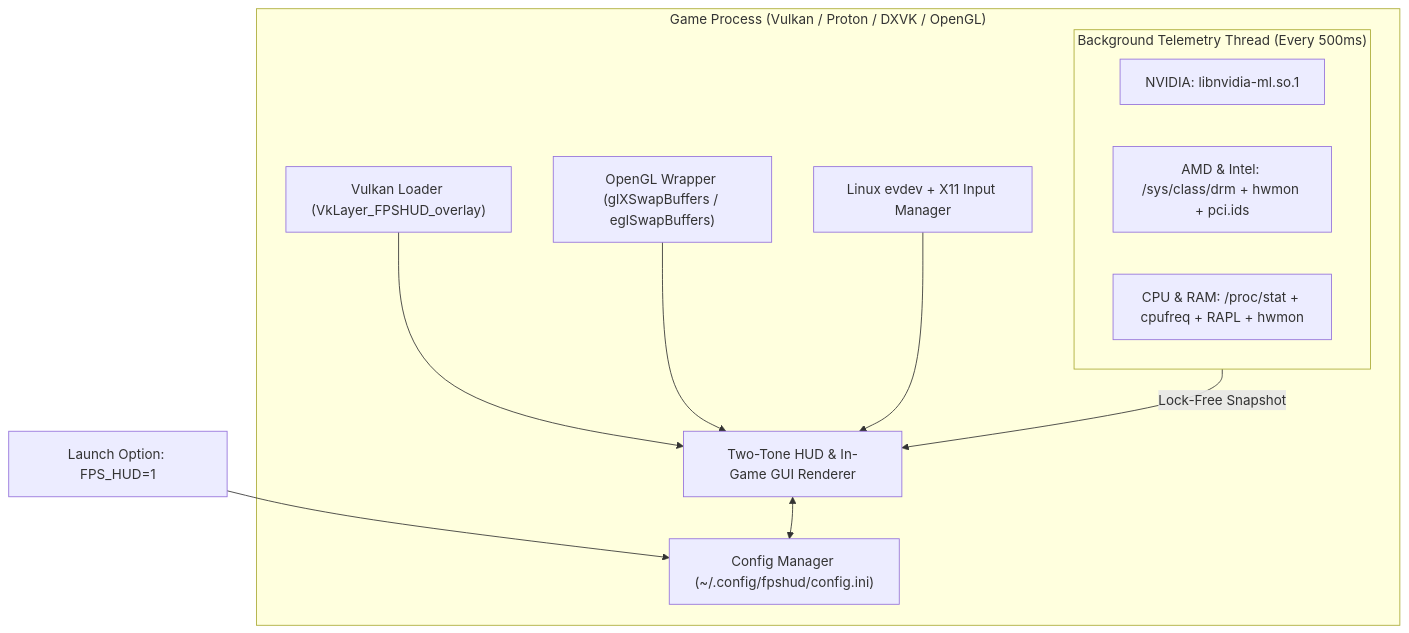
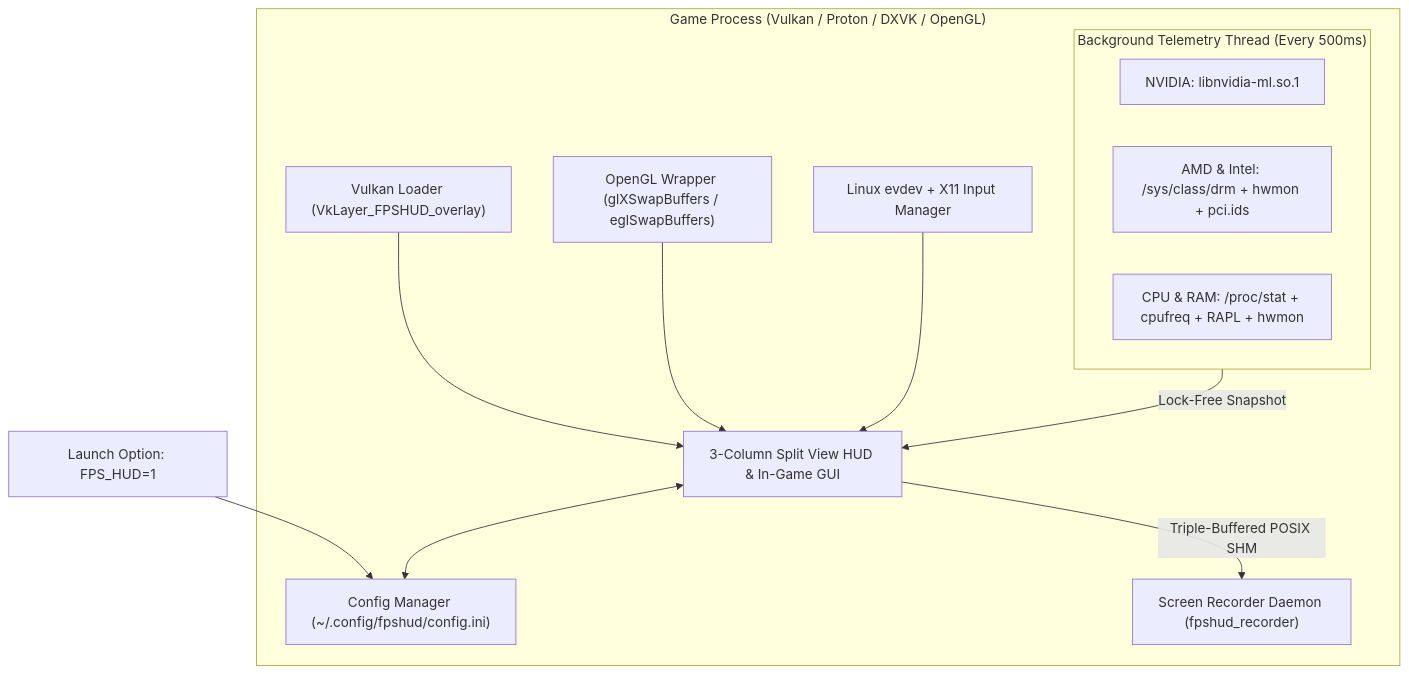
The diagram in README.md (budicuy/FPS_HUD_FOR_LINUX), drawn with Mermaid before and after one commit. The commit also changed other lines of this file and 1 other file, not shown here.

Commit message:
docs: synchronize README with 3-column dashboard, screen recorder, and Clang 23 pipeline

````diff
--- a/README.md
+++ b/README.md
@@ -214,16 +254,17 @@
 ```mermaid
 flowchart TD
     Env["Launch Option: FPS_HUD=1"] --> Init["Config Manager (~/.config/fpshud/config.ini)"]
     subgraph GameProcess["Game Process (Vulkan / Proton / DXVK / OpenGL)"]
-        VK["Vulkan Loader (VkLayer_FPSHUD_overlay)"] --> HUD["Two-Tone HUD & In-Game GUI Renderer"]
+        VK["Vulkan Loader (VkLayer_FPSHUD_overlay)"] --> HUD["3-Column Split View HUD & In-Game GUI"]
         GL["OpenGL Wrapper (glXSwapBuffers / eglSwapBuffers)"] --> HUD
         Input["Linux evdev + X11 Input Manager"] --> HUD
         HUD <--> Init
         subgraph Worker["Background Telemetry Thread (Every 500ms)"]
             NV["NVIDIA: libnvidia-ml.so.1"]
             DRM["AMD & Intel: /sys/class/drm + hwmon + pci.ids"]
             CPU["CPU & RAM: /proc/stat + cpufreq + RAPL + hwmon"]
         end
         Worker -->|Lock-Free Snapshot| HUD
+        HUD -->|Triple-Buffered POSIX SHM| RecDaemon["Screen Recorder Daemon (fpshud_recorder)"]
     end
 ```
````
